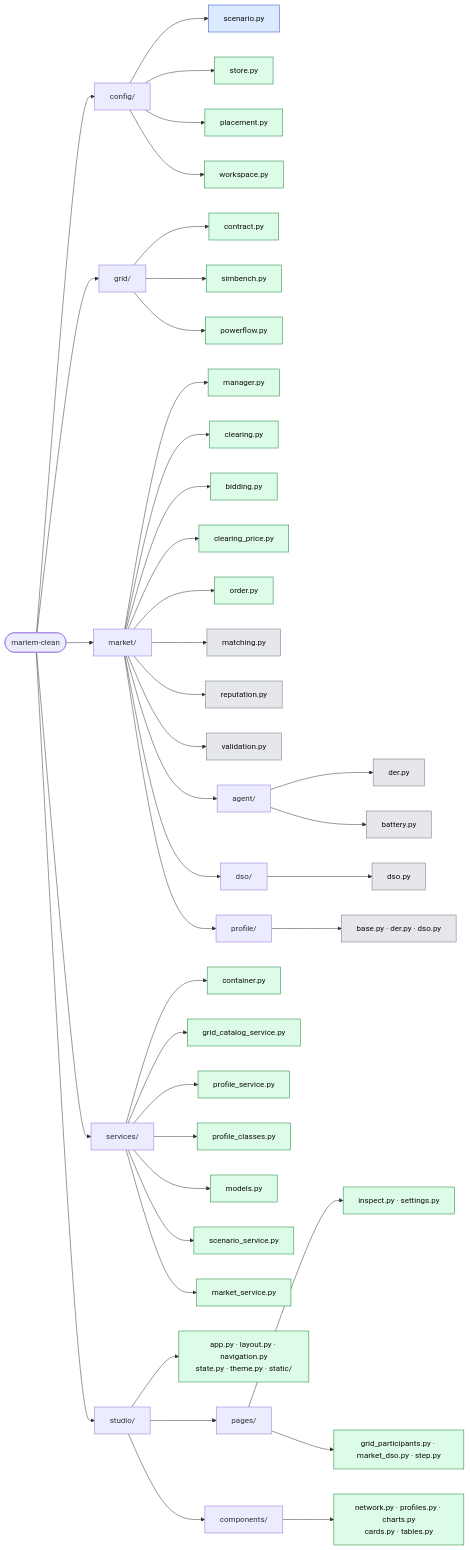
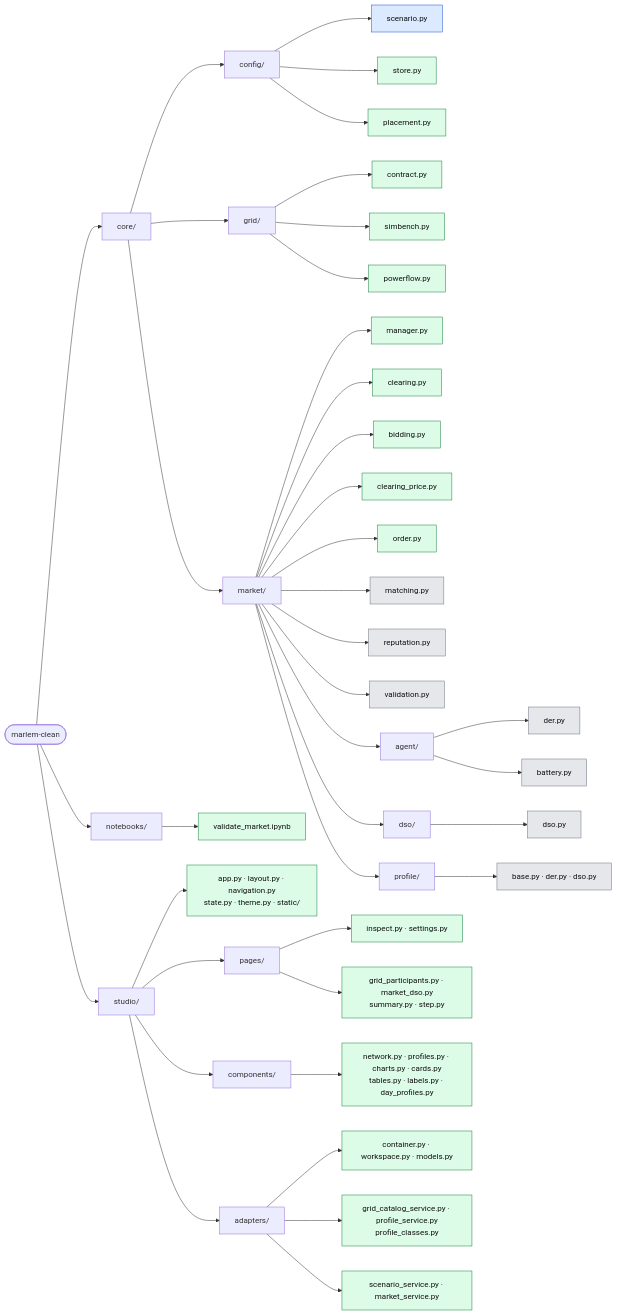
One commit to KevinRapo/P2P-thesis changed the diagram in docs/structure.md. Above: the diagram before and after it, drawn with Mermaid. The commit also changed other lines of this file, not shown here.

Commit message:
docs: structure.md for core/, notebooks/ and studio/adapters/

````diff
--- a/docs/structure.md
+++ b/docs/structure.md
@@ -12,54 +14,53 @@
 ```mermaid
 flowchart LR
   root(["marlem-clean"])
 
-  root --> config["config/"]
+  root --> core["core/"]
+
+  core --> config["config/"]
   config --> c1["scenario.py"]:::data
   config --> c2["store.py"]:::done
   config --> c3["placement.py"]:::done
-  config --> c4["workspace.py"]:::done
 
-  root --> grid["grid/"]
+  core --> grid["grid/"]
   grid --> g1["contract.py"]:::done
   grid --> g2["simbench.py"]:::done
   grid --> g3["powerflow.py"]:::done
 
-  root --> market["market/"]
+  core --> market["market/"]
   market --> m1["manager.py"]:::done
   market --> m7["clearing.py"]:::done
   market --> m8["bidding.py"]:::done
   market --> m4["clearing_price.py"]:::done
   market --> m2["order.py"]:::done
   market --> m3["matching.py"]:::orig
   market --> m5["reputation.py"]:::orig
   market --> m6["validation.py"]:::orig
   market --> agent["agent/"]
   agent --> a1["der.py"]:::orig
   agent --> a2["battery.py"]:::orig
   market --> dso["dso/"]
   dso --> d1["dso.py"]:::orig
   market --> profile["profile/"]
   profile --> p1["base.py · der.py · dso.py"]:::orig
 
-  root --> services["services/"]
-  services --> v1["container.py"]:::done
-  services --> v2["grid_catalog_service.py"]:::done
-  services --> v3["profile_service.py"]:::done
-  services --> v4["profile_classes.py"]:::done
-  services --> v5["models.py"]:::done
-  services --> v7["scenario_service.py"]:::done
-  services --> v8["market_service.py"]:::done
+  root --> notebooks["notebooks/"]
+  notebooks --> n1["validate_market.ipynb"]:::done
 
   root --> studio["studio/"]
   studio --> t1["app.py · layout.py · navigation.py<br/>state.py · theme.py · static/"]:::done
   studio --> pages["pages/"]
   pages --> pg1["inspect.py · settings.py"]:::done
-  pages --> pg2["grid_participants.py · market_dso.py · step.py"]:::done
+  pages --> pg2["grid_participants.py · market_dso.py<br/>summary.py · step.py"]:::done
   studio --> comps["components/"]
-  comps --> k1["network.py · profiles.py · charts.py<br/>cards.py · tables.py"]:::done
+  comps --> k1["network.py · profiles.py · charts.py · cards.py<br/>tables.py · labels.py · day_profiles.py"]:::done
+  studio --> adapters["adapters/"]
+  adapters --> v1["container.py · workspace.py · models.py"]:::done
+  adapters --> v2["grid_catalog_service.py · profile_service.py<br/>profile_classes.py"]:::done
+  adapters --> v3["scenario_service.py · market_service.py"]:::done
 
   classDef done fill:#dcfce7,stroke:#15803d,color:#111
   classDef data fill:#dbeafe,stroke:#1d4ed8,color:#111
   classDef stub fill:#fef3c7,stroke:#b45309,color:#111
   classDef orig fill:#e5e7eb,stroke:#6b7280,color:#111
 ```
````
